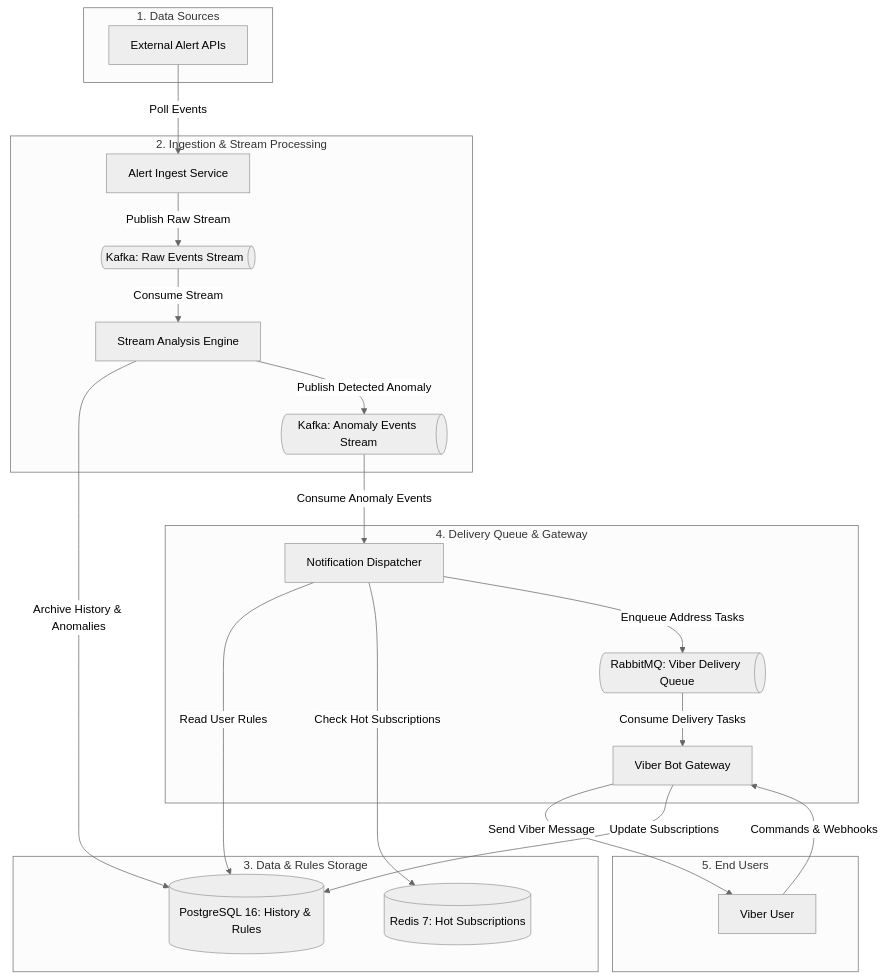
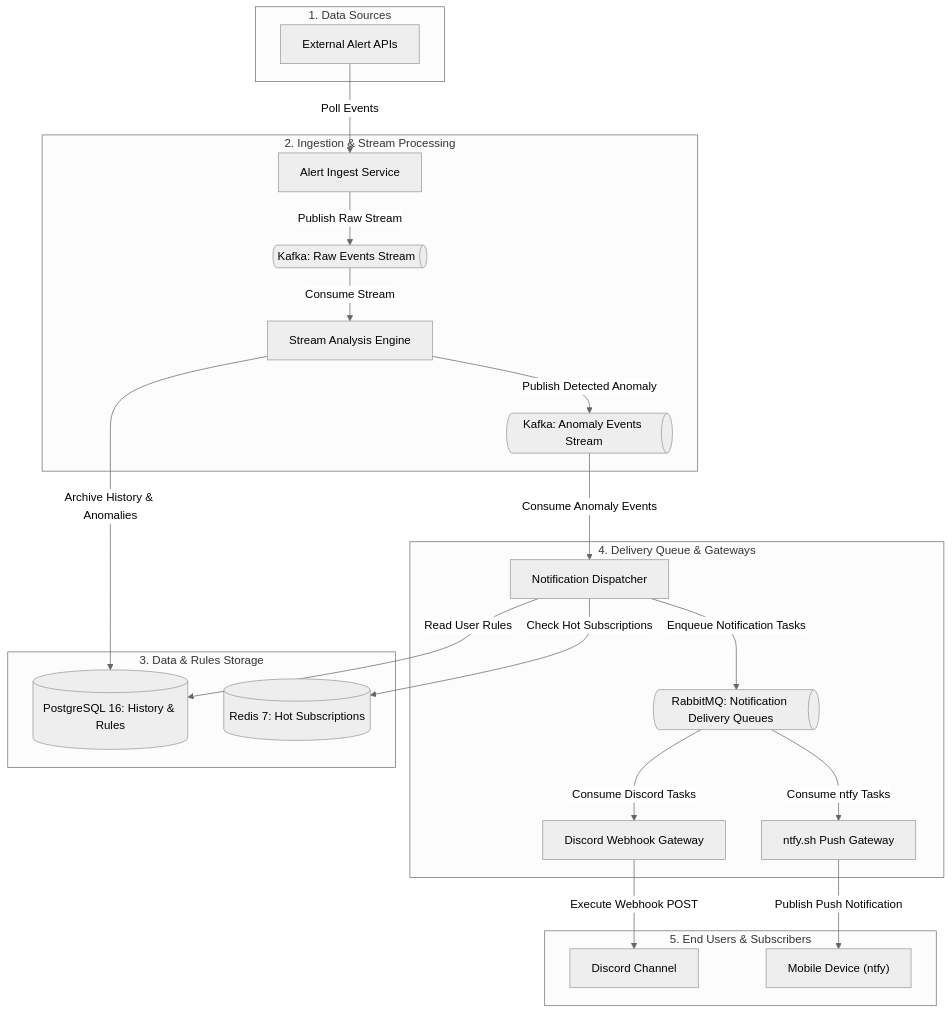
One commit to Olezha/Lodestar changed the first of 2 diagrams in README.md. Above: the diagram before and after it, drawn with Mermaid (neutral theme). The commit also changed other lines of this file and 21 other files, not shown here.

First line of the commit message:
Implement Discord and ntfy notification channels

````diff
--- a/README.md
+++ b/README.md
@@ -19,49 +19,51 @@
 ```mermaid
 flowchart TD
     subgraph DataSources["1. Data Sources"]
         AlertAPI[External Alert APIs]
     end
 
     subgraph StreamingPipeline["2. Ingestion & Stream Processing"]
         Ingest[Alert Ingest Service]
         KafkaRaw@{ shape: h-cyl, label: "Kafka: Raw Events Stream" }
         StreamEngine[Stream Analysis Engine]
         KafkaAnomalies@{ shape: h-cyl, label: "Kafka: Anomaly Events Stream" }
     end
 
     subgraph DataStorage["3. Data & Rules Storage"]
         DB[(PostgreSQL 16: History & Rules)]
         Cache[(Redis 7: Hot Subscriptions)]
     end
 
-    subgraph DeliveryPipeline["4. Delivery Queue & Gateway"]
+    subgraph DeliveryPipeline["4. Delivery Queue & Gateways"]
         Dispatcher[Notification Dispatcher]
-        RabbitMQ@{ shape: h-cyl, label: "RabbitMQ: Viber Delivery Queue" }
-        ViberGateway[Viber Bot Gateway]
+        RabbitMQ@{ shape: h-cyl, label: "RabbitMQ: Notification Delivery Queues" }
+        DiscordGateway[Discord Webhook Gateway]
+        NtfyGateway[ntfy.sh Push Gateway]
     end
 
-    subgraph EndUsers["5. End Users"]
-        ViberUser[Viber User]
+    subgraph EndUsers["5. End Users & Subscribers"]
+        DiscordClient["Discord Channel"]
+        MobileClient["Mobile Device (ntfy)"]
     end
 
     %% Ingestion Flow
     AlertAPI -->|Poll Events| Ingest
     Ingest -->|Publish Raw Stream| KafkaRaw
 
     %% Processing & Analysis Flow
     KafkaRaw -->|Consume Stream| StreamEngine
     StreamEngine -->|Archive History & Anomalies| DB
     StreamEngine -->|Publish Detected Anomaly| KafkaAnomalies
 
     %% Dispatch Flow
     KafkaAnomalies -->|Consume Anomaly Events| Dispatcher
     Dispatcher -->|Read User Rules| DB
     Dispatcher -->|Check Hot Subscriptions| Cache
-    Dispatcher -->|Enqueue Address Tasks| RabbitMQ
+    Dispatcher -->|Enqueue Notification Tasks| RabbitMQ
 
     %% Delivery Flow
-    RabbitMQ -->|Consume Delivery Tasks| ViberGateway
-    ViberGateway -->|Send Viber Message| ViberUser
-    ViberUser -->|Commands & Webhooks| ViberGateway
-    ViberGateway -->|Update Subscriptions| DB
+    RabbitMQ -->|Consume Discord Tasks| DiscordGateway
+    RabbitMQ -->|Consume ntfy Tasks| NtfyGateway
+    DiscordGateway -->|Execute Webhook POST| DiscordClient
+    NtfyGateway -->|Publish Push Notification| MobileClient
 ```
````
